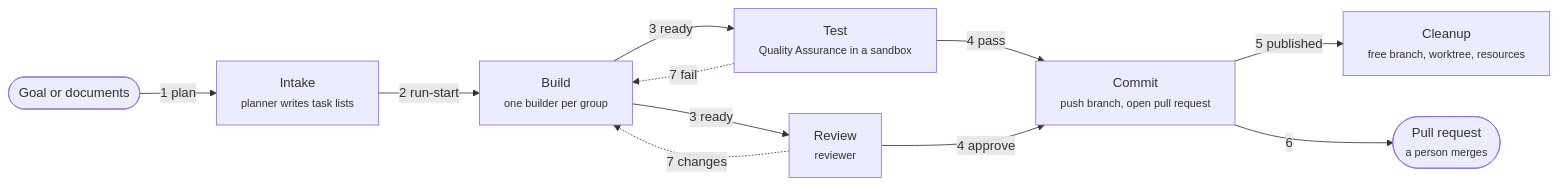
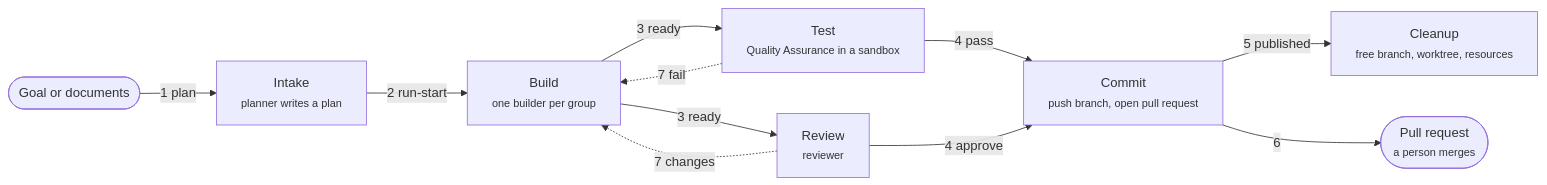
Before and after one commit to rdevitto86/komodo-agentic-harness-coding: the first of 5 diagrams in docs/hld.md, drawn with Mermaid. The commit also changed other lines of this file and 1 other file, not shown here.

Commit message:
docs: replace the backlog folders with a temporary plan file

````diff
--- a/docs/hld.md
+++ b/docs/hld.md
@@ -14,21 +14,21 @@
 ```mermaid
 flowchart LR
   G(["Goal or documents"]):::actor
-  I["Intake<br><small>planner writes task lists</small>"]
+  I["Intake<br><small>planner writes a plan</small>"]
   B["Build<br><small>one builder per group</small>"]:::core
   T["Test<br><small>Quality Assurance in a sandbox</small>"]:::core
   R["Review<br><small>reviewer</small>"]:::core
   C["Commit<br><small>push branch, open pull request</small>"]
   CL["Cleanup<br><small>free branch, worktree, resources</small>"]
   PR(["Pull request<br><small>a person merges</small>"]):::ok
   G -->|"1 plan"| I
   I -->|"2 run-start"| B
   B -->|"3 ready"| T
   B -->|"3 ready"| R
   T -->|"4 pass"| C
   R -->|"4 approve"| C
   C -->|"5 published"| CL
   C -->|"6"| PR
   T -.->|"7 fail"| B
   R -.->|"7 changes"| B
 ```
````
